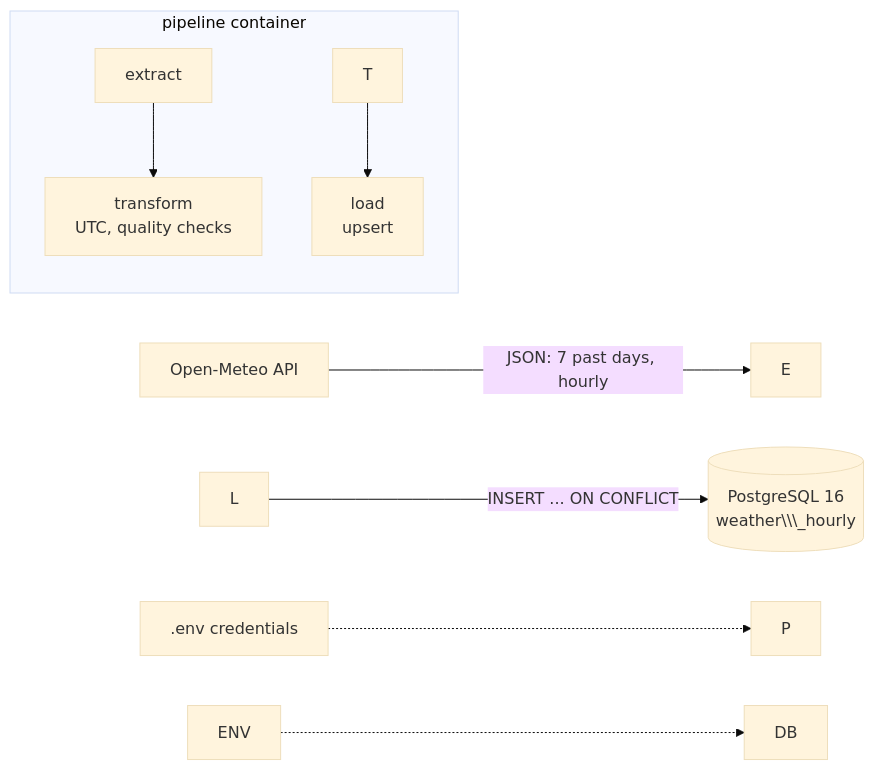
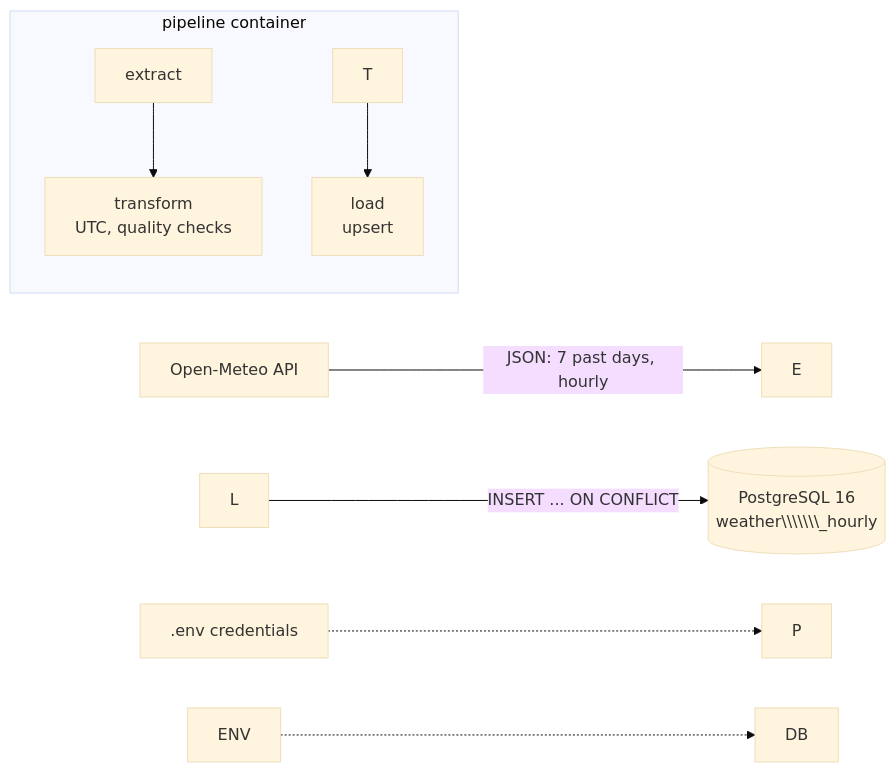
One commit to grithubber8/weather-data-pipeline changed the diagram in README.md. Above: the diagram before and after it, drawn with Mermaid (base theme). The commit also changed other lines of this file, not shown here.

````diff
--- a/README.md
+++ b/README.md
@@ -18,13 +18,13 @@
 ```mermaid
 flowchart LR
-    API\\\[Open-Meteo API] -->|JSON: 7 past days, hourly| E
+    API\\\\\\\[Open-Meteo API] -->|JSON: 7 past days, hourly| E
 
-    subgraph P\\\[pipeline container]
-        E\\\[extract] --> T\\\[transform<br/>UTC, quality checks]
-        T --> L\\\[load<br/>upsert]
+    subgraph P\\\\\\\[pipeline container]
+        E\\\\\\\[extract] --> T\\\\\\\[transform<br/>UTC, quality checks]
+        T --> L\\\\\\\[load<br/>upsert]
     end
 
-    L -->|INSERT ... ON CONFLICT| DB\\\[(PostgreSQL 16<br/>weather\\\_hourly)]
-    ENV\\\[.env credentials] -.-> P
+    L -->|INSERT ... ON CONFLICT| DB\\\\\\\[(PostgreSQL 16<br/>weather\\\\\\\_hourly)]
+    ENV\\\\\\\[.env credentials] -.-> P
     ENV -.-> DB
 ```
````
